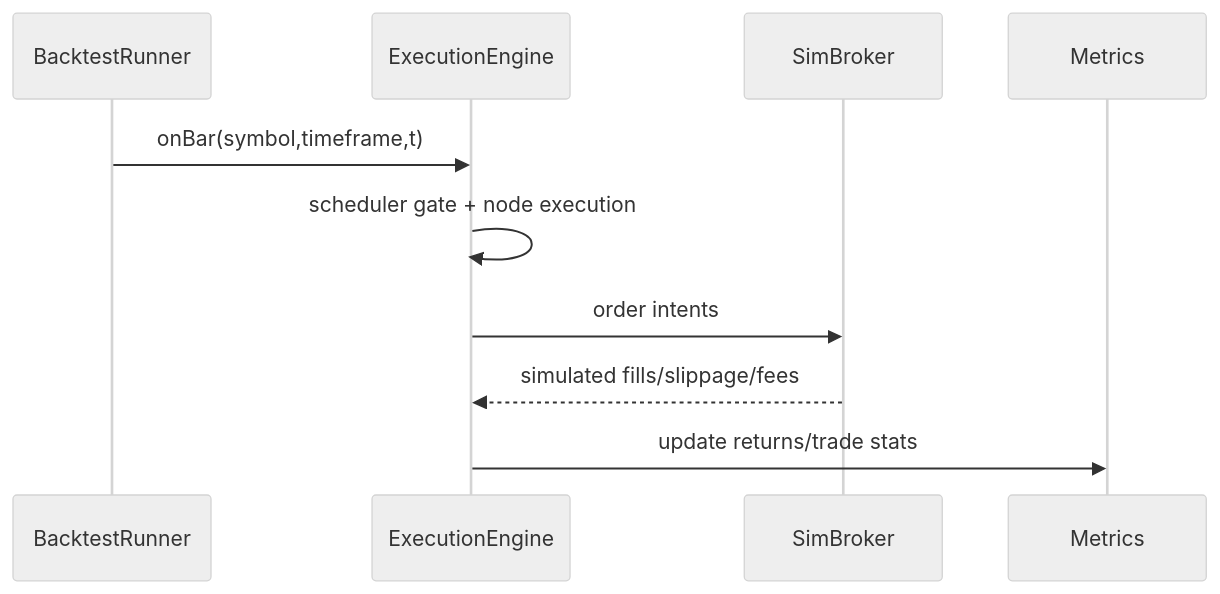
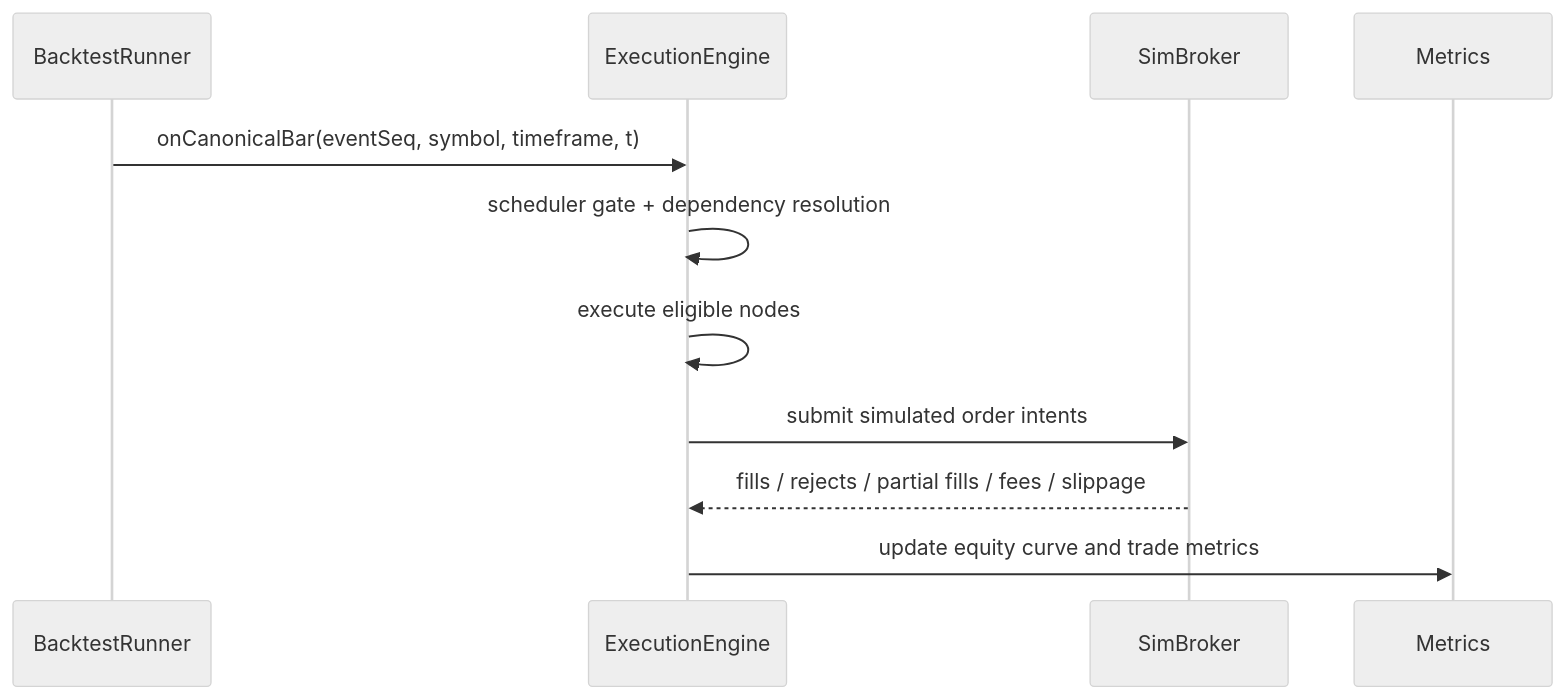
The fifth of 5 diagrams in docs/coreza-trading-os-architecture-rfc.md (Coreza-io/coreza), drawn with Mermaid (neutral theme) before and after one commit. The commit also changed other lines of this file and 62 other files, not shown here.

````diff
--- a/docs/coreza-trading-os-architecture-rfc.md
+++ b/docs/coreza-trading-os-architecture-rfc.md
@@ -227,13 +431,14 @@
 ```mermaid
 sequenceDiagram
   participant R as BacktestRunner
   participant E as ExecutionEngine
   participant B as SimBroker
   participant M as Metrics
 
-  R->>E: onBar(symbol,timeframe,t)
-  E->>E: scheduler gate + node execution
-  E->>B: order intents
-  B-->>E: simulated fills/slippage/fees
-  E->>M: update returns/trade stats
+  R->>E: onCanonicalBar(eventSeq, symbol, timeframe, t)
+  E->>E: scheduler gate + dependency resolution
+  E->>E: execute eligible nodes
+  E->>B: submit simulated order intents
+  B-->>E: fills / rejects / partial fills / fees / slippage
+  E->>M: update equity curve and trade metrics
 ```
````
